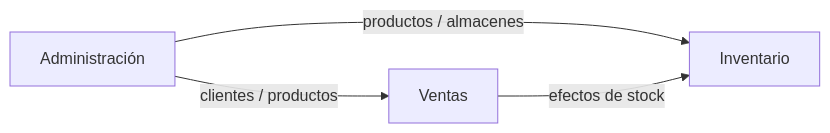
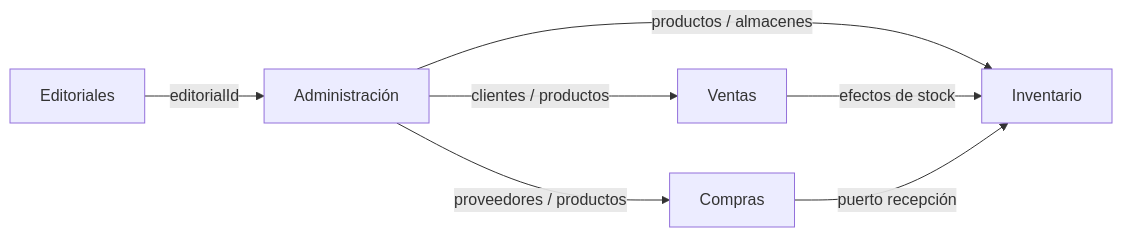
One commit to Xtina19/Integrador changed the diagram in guia/01_vision_del_proyecto.md. Above: the diagram before and after it, drawn with Mermaid. The commit also changed other lines of this file and 704 other files, not shown here.

````diff
--- a/guia/01_vision_del_proyecto.md
+++ b/guia/01_vision_del_proyecto.md
@@ -49,10 +50,15 @@
 ```mermaid
 flowchart LR
   Admin[Administración]
   Inv[Inventario]
   Ven[Ventas]
+  Com[Compras]
+  Ed[Editoriales]
 
   Admin -->|clientes / productos| Ven
   Admin -->|productos / almacenes| Inv
+  Admin -->|proveedores / productos| Com
+  Ed -->|editorialId| Admin
   Ven -->|efectos de stock| Inv
+  Com -->|puerto recepción| Inv
 ```
````
